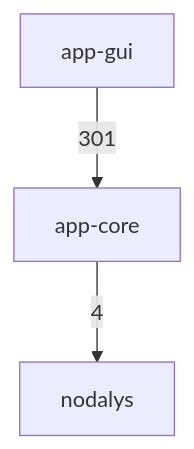
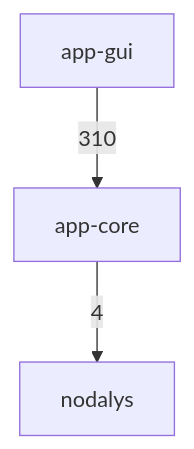
One commit to ronnymilleo/imcsim changed the first of 3 diagrams in docs/architecture.md. Above: the diagram before and after it, drawn with Mermaid. The commit also changed other lines of this file, not shown here.

Commit message:
Update the include diagram for the run report, the live run plan and the run-mode panel

````diff
--- a/docs/architecture.md
+++ b/docs/architecture.md
@@ -22,8 +22,8 @@
 ```mermaid
 flowchart TD
     app_gui[app-gui]
     app_core[app-core]
     nodalys[nodalys]
     app_core -->|4| nodalys
-    app_gui -->|301| app_core
+    app_gui -->|310| app_core
 ```
````
